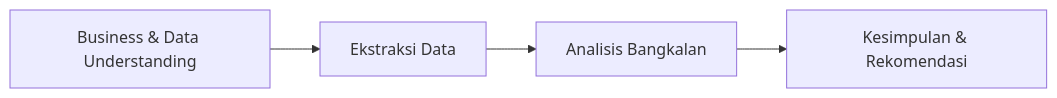
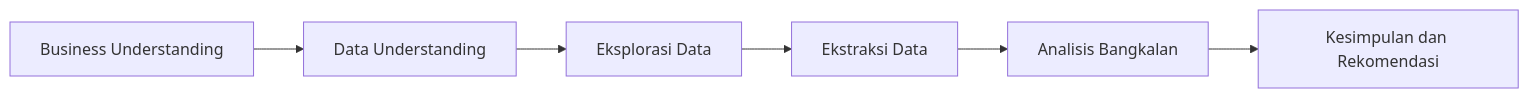
The diagram in materi/_build/html/_sources/pengantar-analisis-polutan-bangkalan.md (RifqiRafii/PSD), drawn with Mermaid before and after one commit. The commit also changed other lines of this file and 57 other files, not shown here.

````diff
--- a/materi/_build/html/_sources/pengantar-analisis-polutan-bangkalan.md
+++ b/materi/_build/html/_sources/pengantar-analisis-polutan-bangkalan.md
@@ -55,6 +67,8 @@
 ```{mermaid}
 flowchart LR
-    A[Business & Data Understanding] --> B[Ekstraksi Data]
-    B --> C[Analisis Bangkalan]
-    C --> D[Kesimpulan & Rekomendasi]
+    A[Business Understanding] --> B[Data Understanding]
+    B --> C[Eksplorasi Data]
+    C --> D[Ekstraksi Data]
+    D --> E[Analisis Bangkalan]
+    E --> F[Kesimpulan dan Rekomendasi]
 ```
````
